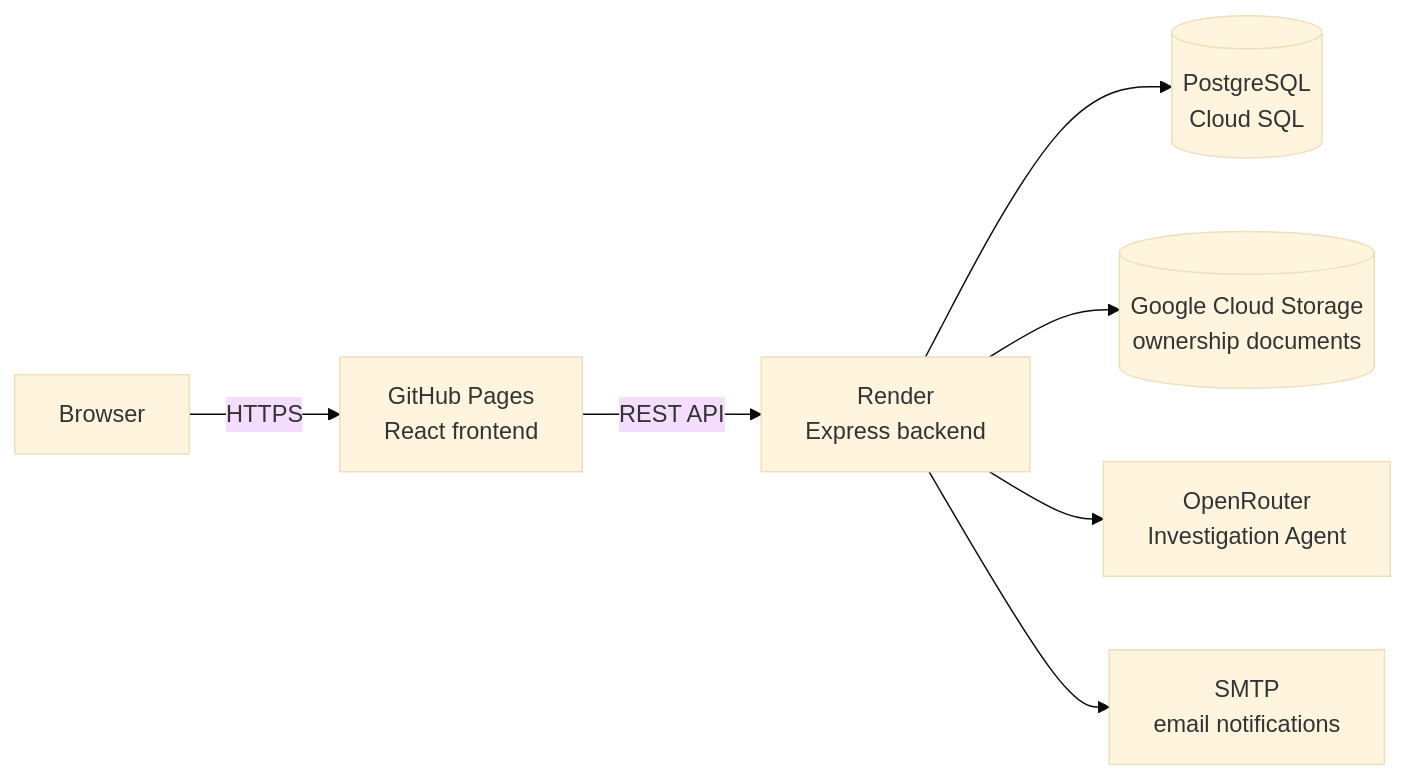
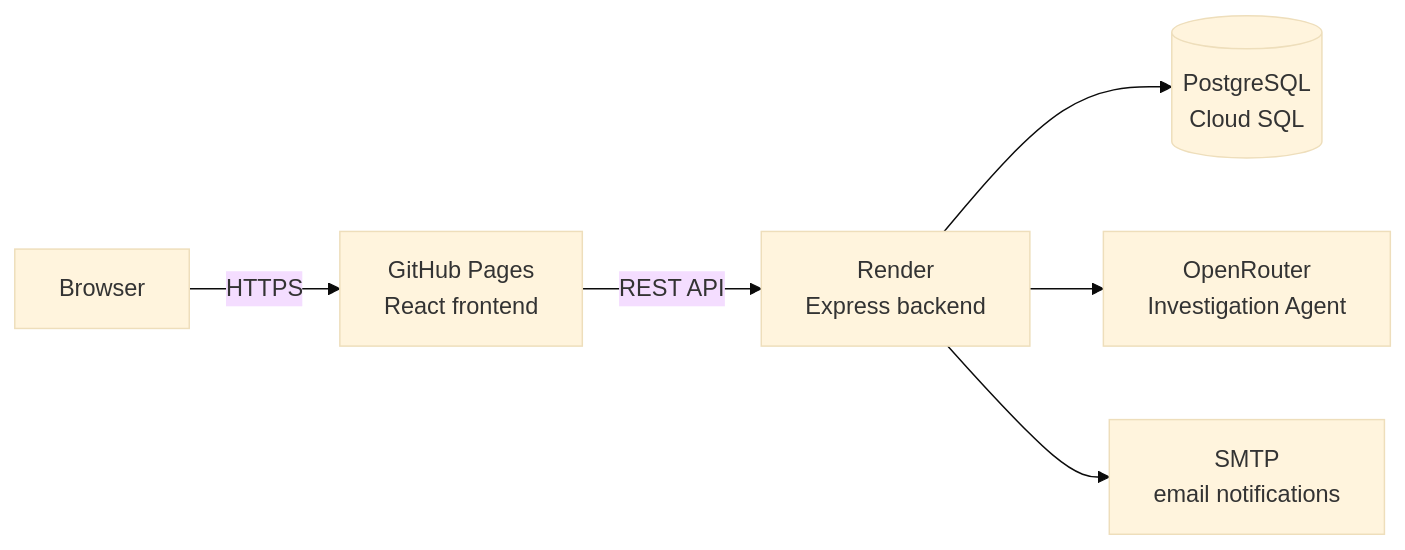
The diagram in README.md (philmak999/AgriSafe-Intelligence), drawn with Mermaid (base theme) before and after one commit. The commit also changed other lines of this file and 12 other files, not shown here.

Commit message:
Store uploaded documents in Postgres instead of GCS

````diff
--- a/README.md
+++ b/README.md
@@ -27,9 +26,8 @@
 ```mermaid
 flowchart LR
     Browser -->|HTTPS| Pages["GitHub Pages<br/>React frontend"]
     Pages -->|REST API| API["Render<br/>Express backend"]
     API --> PG[("PostgreSQL<br/>Cloud SQL")]
-    API --> GCS[("Google Cloud Storage<br/>ownership documents")]
     API --> OR["OpenRouter<br/>Investigation Agent"]
     API --> SMTP["SMTP<br/>email notifications"]
 ```
````
